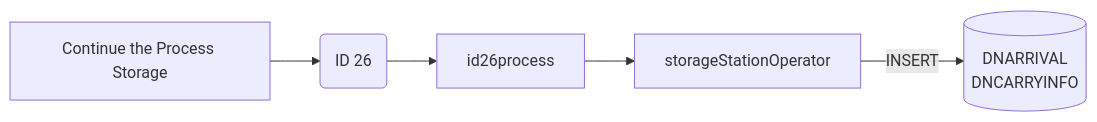
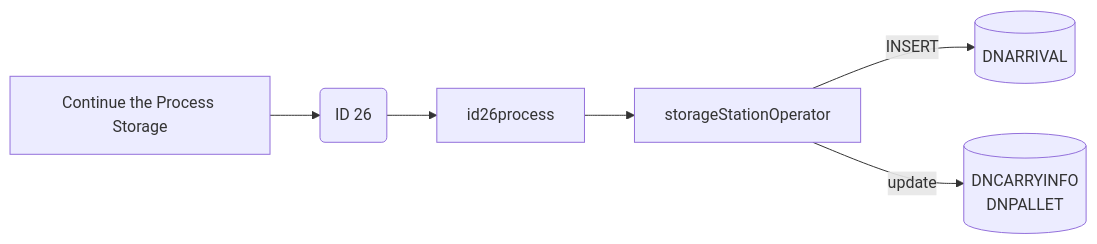
The fifth of 9 diagrams in Basic-Design/DFD-WMS/Storage/Planned-Storage-Packaging-Material/Storage-Flow-(Packaging-Material).md (luthfiadityaa/SimeDarby-Wiki), drawn with Mermaid before and after one commit. The commit also changed other lines of this file, not shown here.

Commit message:
Updated Storage Flow (Packaging Material)

```diff
--- a/Basic-Design/DFD-WMS/Storage/Planned-Storage-Packaging-Material/Storage-Flow-(Packaging-Material).md
+++ b/Basic-Design/DFD-WMS/Storage/Planned-Storage-Packaging-Material/Storage-Flow-(Packaging-Material).md
@@ -317,21 +317,26 @@
 ::: mermaid
 flowchart LR
 
 releaseCommand["
 Continue the Process Storage
 "]
 
 id26msg("
 ID 26
 ")
 
 id26-insert[("
 DNARRIVAL
+")]
+
+id26-update[("
 DNCARRYINFO
+DNPALLET
 ")]
 
 storageStationOperator[storageStationOperator]
 
 releaseCommand-->id26msg-->id26process-->storageStationOperator
 storageStationOperator--> |INSERT| id26-insert
+storageStationOperator--> |update| id26-update
 :::
```
